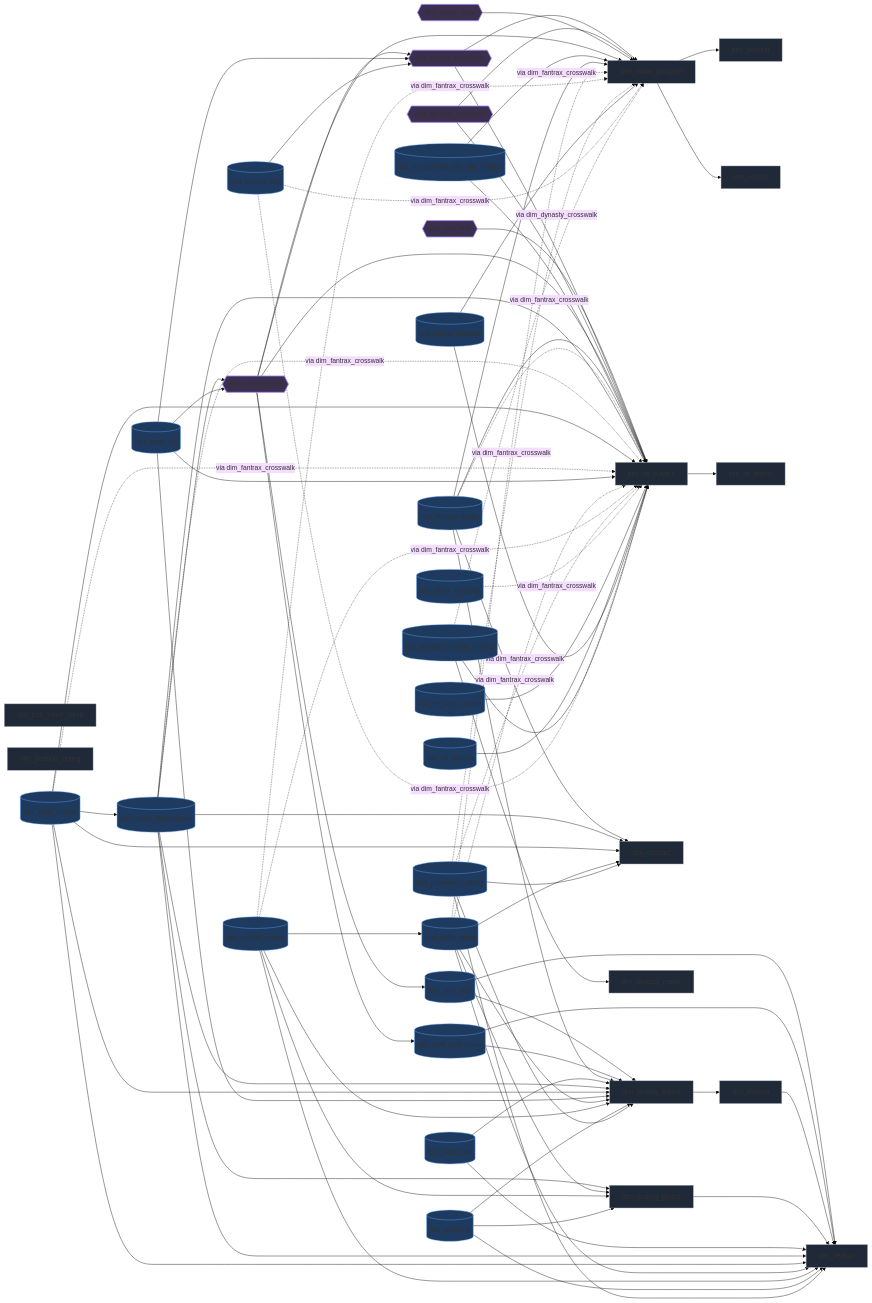
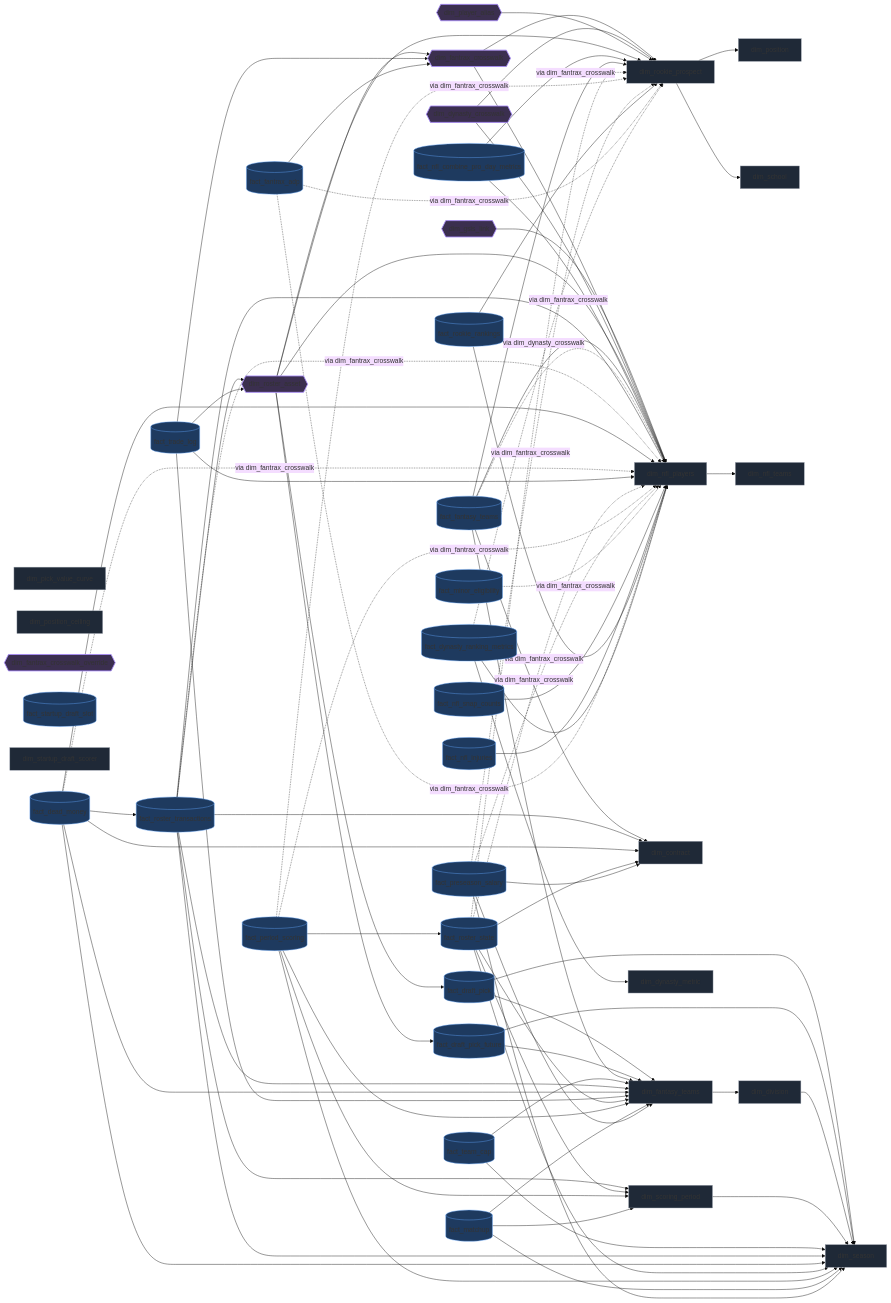
One commit to benjamininja/Python-PowerBI-DynastyFantasyFootball changed the diagram in docs/DATA_MODEL.md. Above: the diagram before and after it, drawn with Mermaid (base theme). The commit also changed 22 other files, not shown here.

First line of the commit message:
feat(supply): 02d and 04z read the Startup draft and the overrides from private tables (Refs #93) (#433)

```diff
--- a/docs/DATA_MODEL.md
+++ b/docs/DATA_MODEL.md
@@ -30,6 +30,9 @@
     dim_dynasty_crosswalk{{dim_dynasty_crosswalk}}
     dim_player_alias{{dim_player_alias}}
     dim_roster_asset{{dim_roster_asset}}
+    dim_fantrax_crosswalk_override{{dim_fantrax_crosswalk_override}}
+    fact_startup_draft_slot[(fact_startup_draft_slot)]
+    dim_startup_draft_scorer[dim_startup_draft_scorer]
     fact_nfl_combine_pro_day_metrics[(fact_nfl_combine_pro_day_metrics)]
     fact_fantasy_teams[(fact_fantasy_teams)]
     fact_team_cap[(fact_team_cap)]
@@ -148,6 +151,9 @@
     class dim_dynasty_crosswalk resolver;
     class dim_player_alias resolver;
     class dim_roster_asset resolver;
+    class dim_fantrax_crosswalk_override resolver;
+    class fact_startup_draft_slot fact;
+    class dim_startup_draft_scorer dim;
     class fact_nfl_combine_pro_day_metrics fact;
     class fact_fantasy_teams fact;
     class fact_team_cap fact;
```
